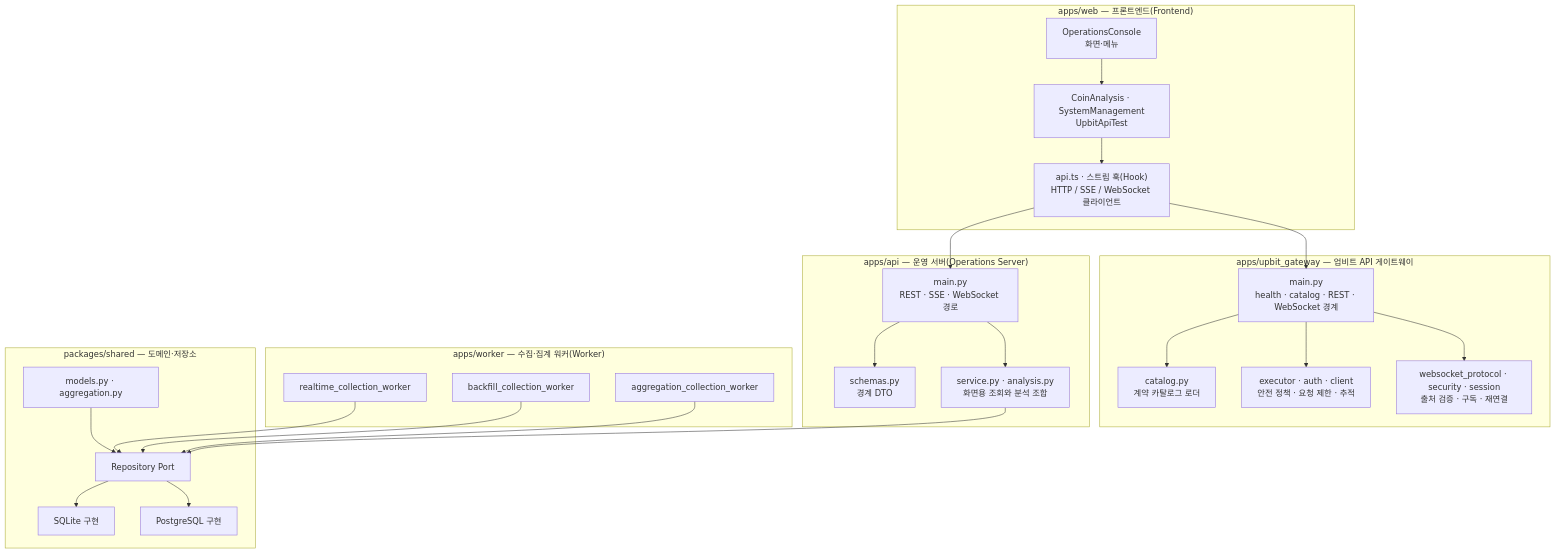
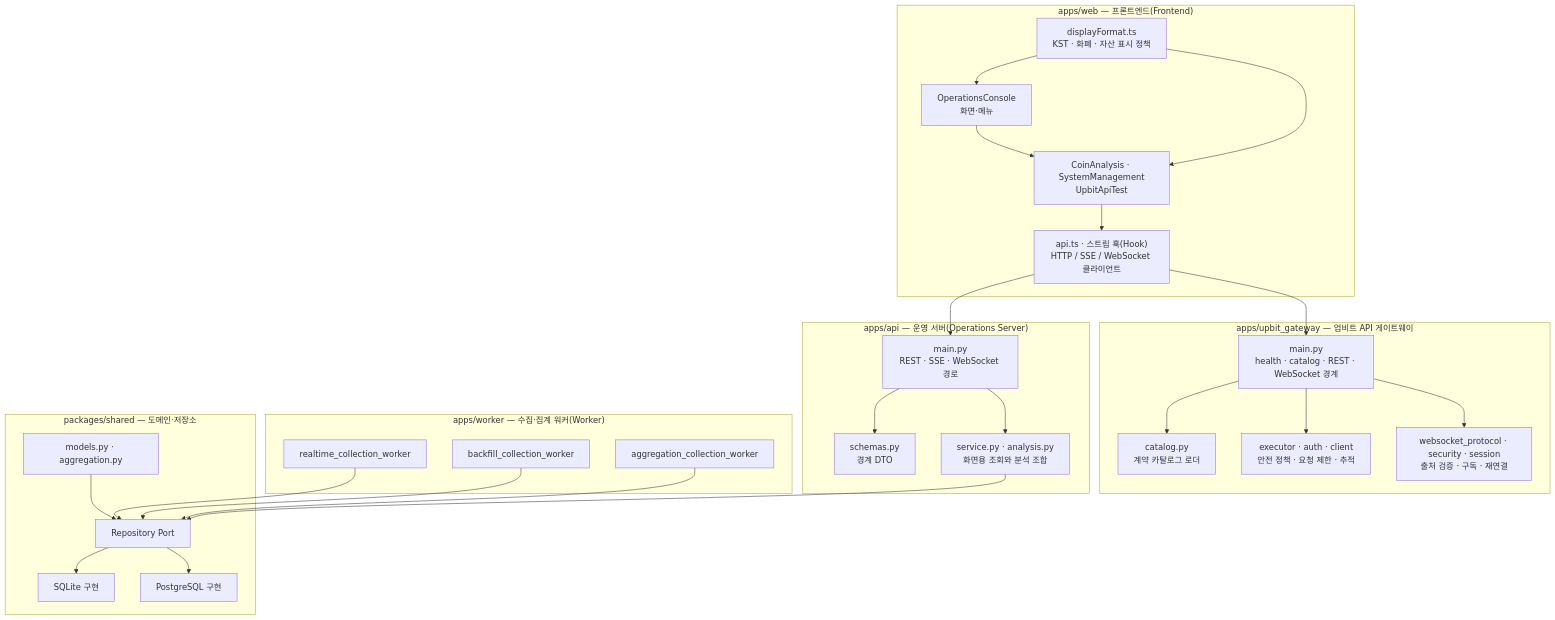
The second of 4 diagrams in docs/02_Architecture.md (goodjoon-company/goodmoneying), drawn with Mermaid before and after one commit. The commit also changed other lines of this file and 48 other files, not shown here.

````diff
--- a/docs/02_Architecture.md
+++ b/docs/02_Architecture.md
@@ -59,51 +59,54 @@
 ```mermaid
 flowchart TB
     subgraph frontend["apps/web — 프론트엔드(Frontend)"]
         console["OperationsConsole<br/>화면·메뉴"]
         client["api.ts · 스트림 훅(Hook)<br/>HTTP / SSE / WebSocket 클라이언트"]
         analysisUi["CoinAnalysis · SystemManagement<br/>UpbitApiTest"]
+        displayPolicy["displayFormat.ts<br/>KST · 화폐 · 자산 표시 정책"]
         console --> analysisUi
+        displayPolicy --> console
+        displayPolicy --> analysisUi
         analysisUi --> client
     end
 
     subgraph apiApp["apps/api — 운영 서버(Operations Server)"]
         routes["main.py<br/>REST · SSE · WebSocket 경로"]
         service["service.py · analysis.py<br/>화면용 조회와 분석 조합"]
         schemas["schemas.py<br/>경계 DTO"]
         routes --> schemas
         routes --> service
     end
 
     subgraph upbitGateway["apps/upbit_gateway — 업비트 API 게이트웨이"]
         gatewayRoutes["main.py<br/>health · catalog · REST · WebSocket 경계"]
         gatewayCatalog["catalog.py<br/>계약 카탈로그 로더"]
         gatewayRest["executor · auth · client<br/>안전 정책 · 요청 제한 · 추적"]
         gatewayWs["websocket_protocol · security · session<br/>출처 검증 · 구독 · 재연결"]
         gatewayRoutes --> gatewayCatalog
         gatewayRoutes --> gatewayRest
         gatewayRoutes --> gatewayWs
     end
 
     subgraph workers["apps/worker — 수집·집계 워커(Worker)"]
         rt["realtime_collection_worker"]
         bf["backfill_collection_worker"]
         ag["aggregation_collection_worker"]
     end
 
     subgraph shared["packages/shared — 도메인·저장소"]
         model["models.py · aggregation.py"]
         repo["Repository Port"]
         sqlite["SQLite 구현"]
         postgres["PostgreSQL 구현"]
         model --> repo
         repo --> sqlite
         repo --> postgres
     end
 
     client --> routes
     client --> gatewayRoutes
     service --> repo
     rt --> repo
     bf --> repo
     ag --> repo
 ```
````
